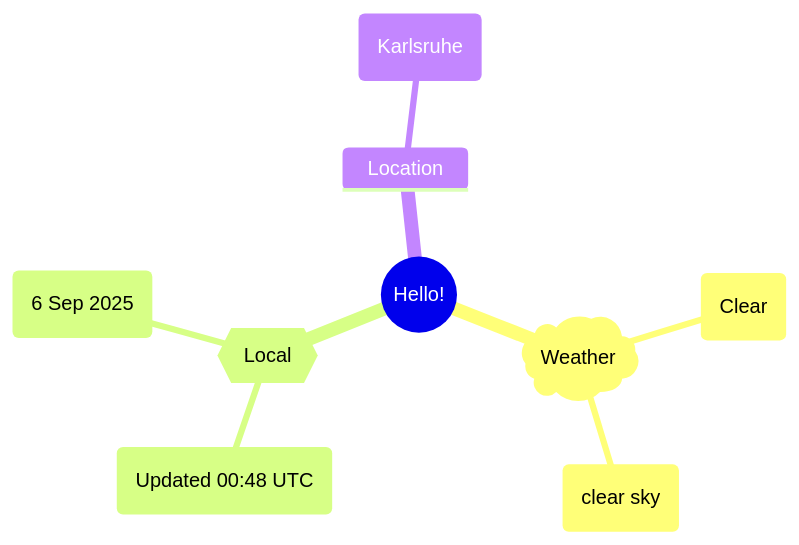
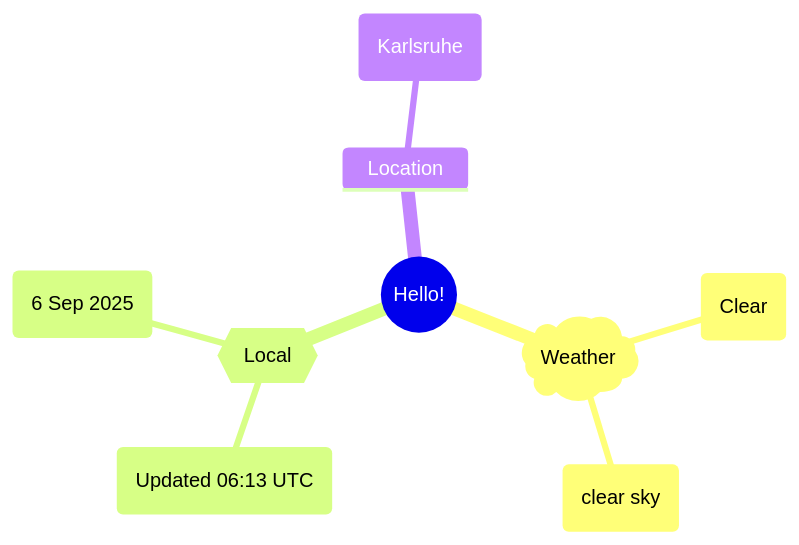
Before and after one commit to Xosrov/Xosrov: the first of 2 diagrams in README.md, drawn with Mermaid.

Commit message:
[bot] updated images

````diff
--- a/README.md
+++ b/README.md
@@ -3,12 +3,12 @@
 ```mermaid
 mindmap
   root((Hello!))
     )Weather(
         (Clear)
         (clear sky)
     {{Local}}
-        (Updated 00:48 UTC)
+        (Updated 06:13 UTC)
         (6 Sep 2025)
     Location
         (Karlsruhe)
 ```
````
